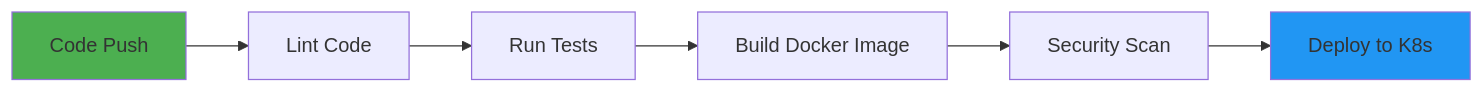
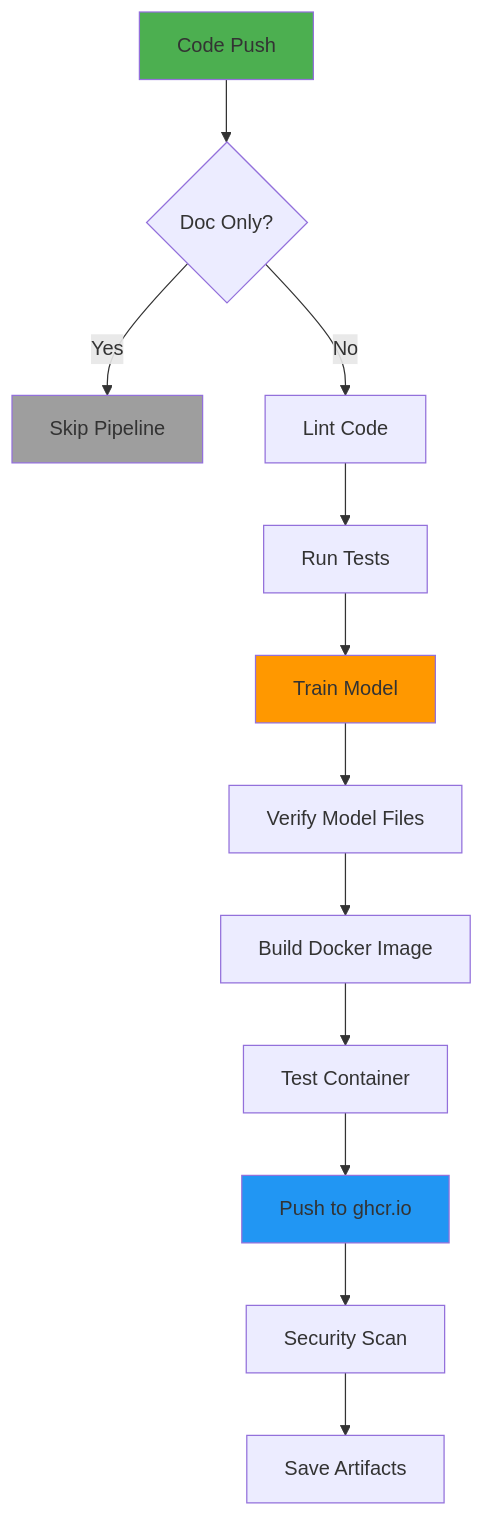
Before and after one commit to 2024ac05841-design/heart-health-classifier: the fifth of 5 diagrams in README.md, drawn with Mermaid. The commit also changed other lines of this file and 3 other files, not shown here.

````diff
--- a/README.md
+++ b/README.md
@@ -700,11 +723,19 @@
 ```mermaid
-graph LR
-    A[Code Push] --> B[Lint Code]
-    B --> C[Run Tests]
-    C --> D[Build Docker Image]
-    D --> E[Security Scan]
-    E --> F[Deploy to K8s]
+graph TB
+    A[Code Push] --> B{Doc Only?}
+    B -->|Yes| Z[Skip Pipeline]
+    B -->|No| C[Lint Code]
+    C --> D[Run Tests]
+    D --> E[Train Model]
+    E --> F[Verify Model Files]
+    F --> G[Build Docker Image]
+    G --> H[Test Container]
+    H --> I[Push to ghcr.io]
+    I --> J[Security Scan]
+    J --> K[Save Artifacts]
     
     style A fill:#4caf50
-    style F fill:#2196f3
+    style E fill:#ff9800
+    style I fill:#2196f3
+    style Z fill:#9e9e9e
 ```
````
